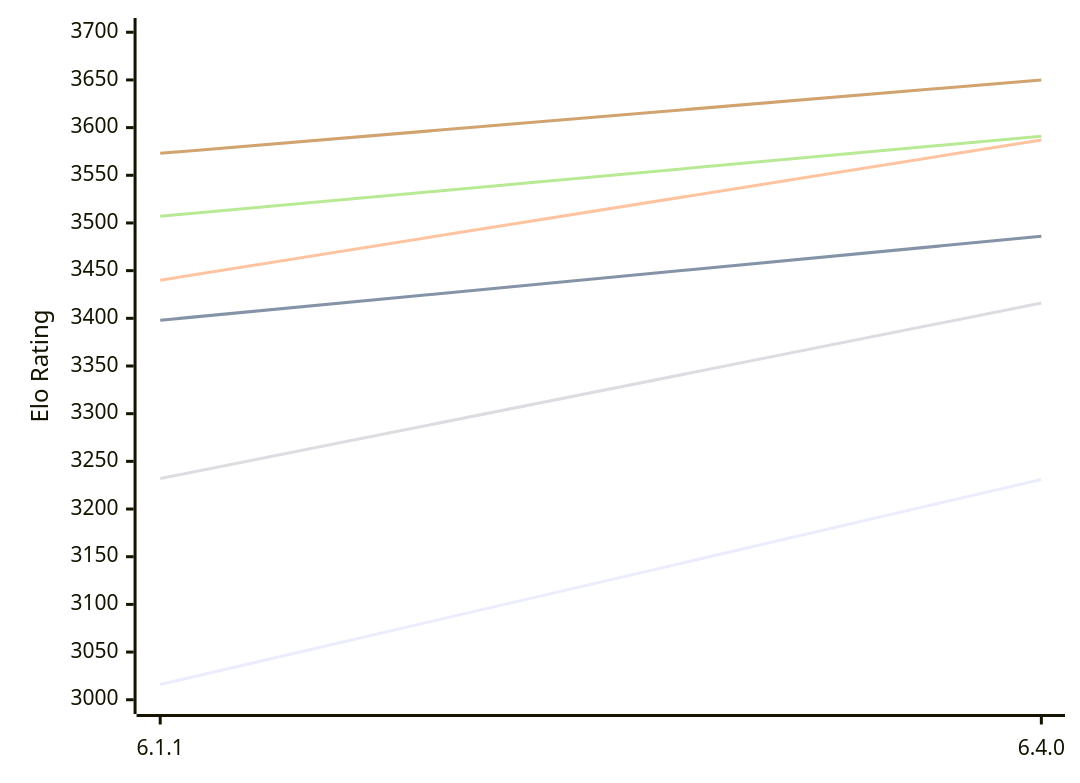
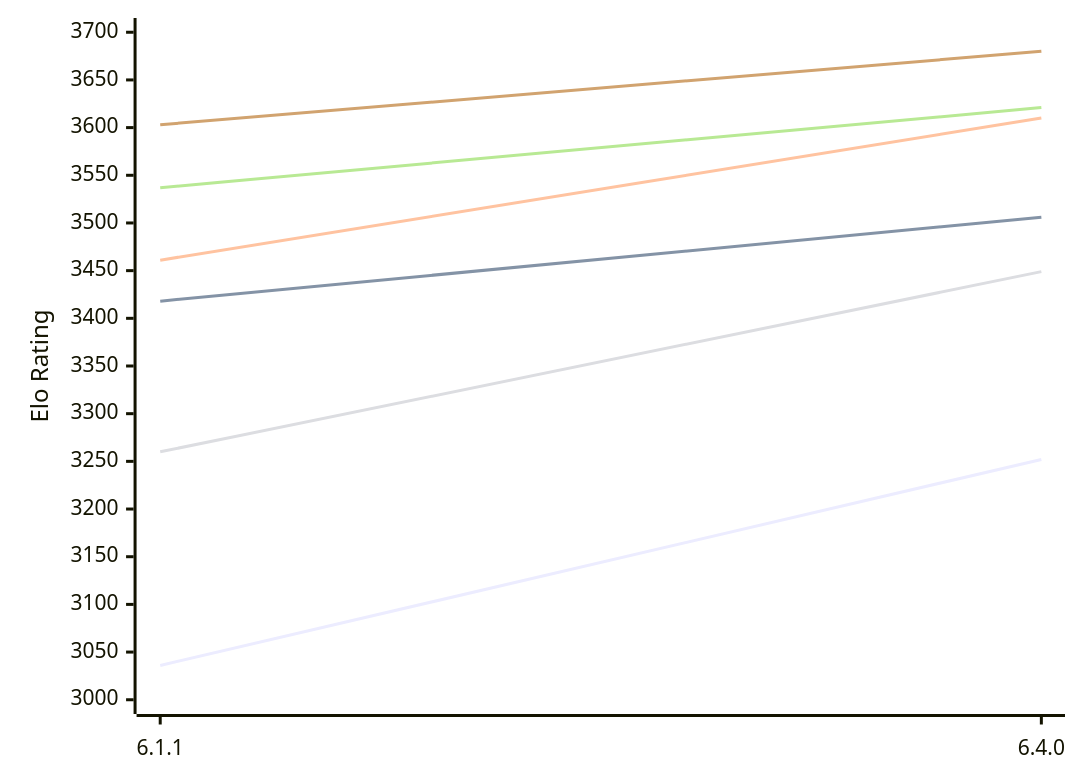
One commit to computer-chess-index/cci changed the first of 2 diagrams in engines/Zigqueen.md. Above: the diagram before and after it, drawn with Mermaid. The commit also changed other lines of this file, not shown here.

Commit message:
Update CCI Ratings (ELO VLTC) - 2026-10-20

````diff
--- a/engines/Zigqueen.md
+++ b/engines/Zigqueen.md
@@ -53,12 +53,12 @@
 ```mermaid
 %%{init: {"theme":"base","themeVariables":{"seriesColors:['#a3a3a3','#222221','#faa371']}}}%%
 xychart-beta
   x-axis ["6.1.1", "6.4.0"]
   y-axis "Elo Rating" 3000 --> 3700
-  line "E1: STC (8.0+0.08s)" [3016, 3231]
-  line "E1: LTC (60.0+0.60s)" [3398, 3486]
-  line "E1: VLTC (2m24s+1.12s)" [3440, 3587]
-  line "P1: STC (8.0+0.08s)" [3232, 3416]
-  line "P1: LTC (60.0+0.60s)" [3507, 3591]
-  line "P1: VLTC (2m24s+1.12s)" [3573, 3650]
+  line "E1: STC (8.0+0.08s)" [3036, 3252]
+  line "E1: LTC (60.0+0.60s)" [3418, 3506]
+  line "E1: VLTC (2m24s+1.12s)" [3461, 3610]
+  line "P1: STC (8.0+0.08s)" [3260, 3449]
+  line "P1: LTC (60.0+0.60s)" [3537, 3621]
+  line "P1: VLTC (2m24s+1.12s)" [3603, 3680]
 ```
````
